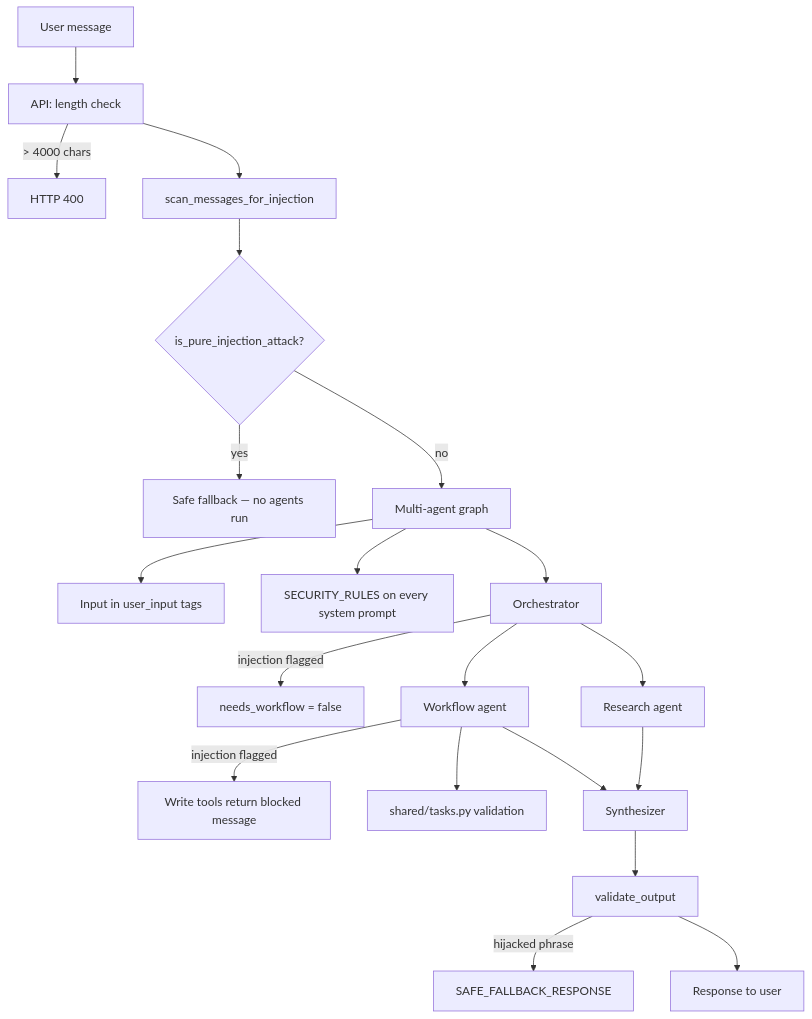
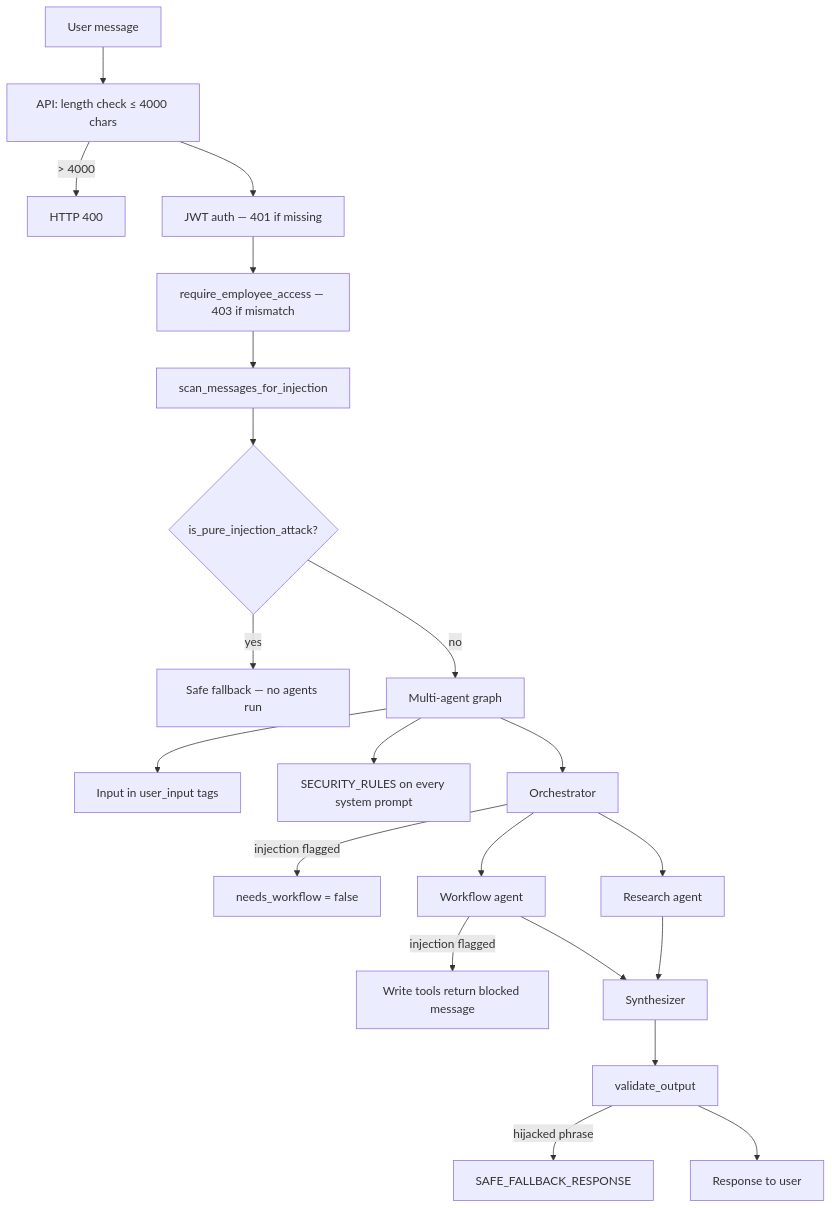
One commit to BharathKumarBD/Employee-Onboarding changed the diagram in docs/SECURITY.md. Above: the diagram before and after it, drawn with Mermaid. The commit also changed other lines of this file and 28 other files, not shown here.

````diff
--- a/docs/SECURITY.md
+++ b/docs/SECURITY.md
@@ -24,22 +94,23 @@
 ```mermaid
 flowchart TD
-    User[User message] --> API[API: length check]
-    API -->|> 4000 chars| Reject[HTTP 400]
-    API --> Scan[scan_messages_for_injection]
+    User[User message] --> LenCheck[API: length check ≤ 4000 chars]
+    LenCheck -->|> 4000| Reject[HTTP 400]
+    LenCheck --> AuthCheck[JWT auth — 401 if missing]
+    AuthCheck --> IDORCheck[require_employee_access — 403 if mismatch]
+    IDORCheck --> Scan[scan_messages_for_injection]
     Scan --> Pure{is_pure_injection_attack?}
     Pure -->|yes| Early[Safe fallback — no agents run]
     Pure -->|no| Graph[Multi-agent graph]
     Graph --> Wrap[Input in user_input tags]
     Graph --> Prompts[SECURITY_RULES on every system prompt]
     Graph --> Orch[Orchestrator]
     Orch -->|injection flagged| NoWorkflow[needs_workflow = false]
     Orch --> Research[Research agent]
     Orch --> Workflow[Workflow agent]
     Workflow -->|injection flagged| BlockWrite[Write tools return blocked message]
-    Workflow --> Validate[shared/tasks.py validation]
     Research --> Synth[Synthesizer]
     Workflow --> Synth
     Synth --> Output[validate_output]
     Output -->|hijacked phrase| Fallback[SAFE_FALLBACK_RESPONSE]
     Output --> UserOut[Response to user]
 ```
````
